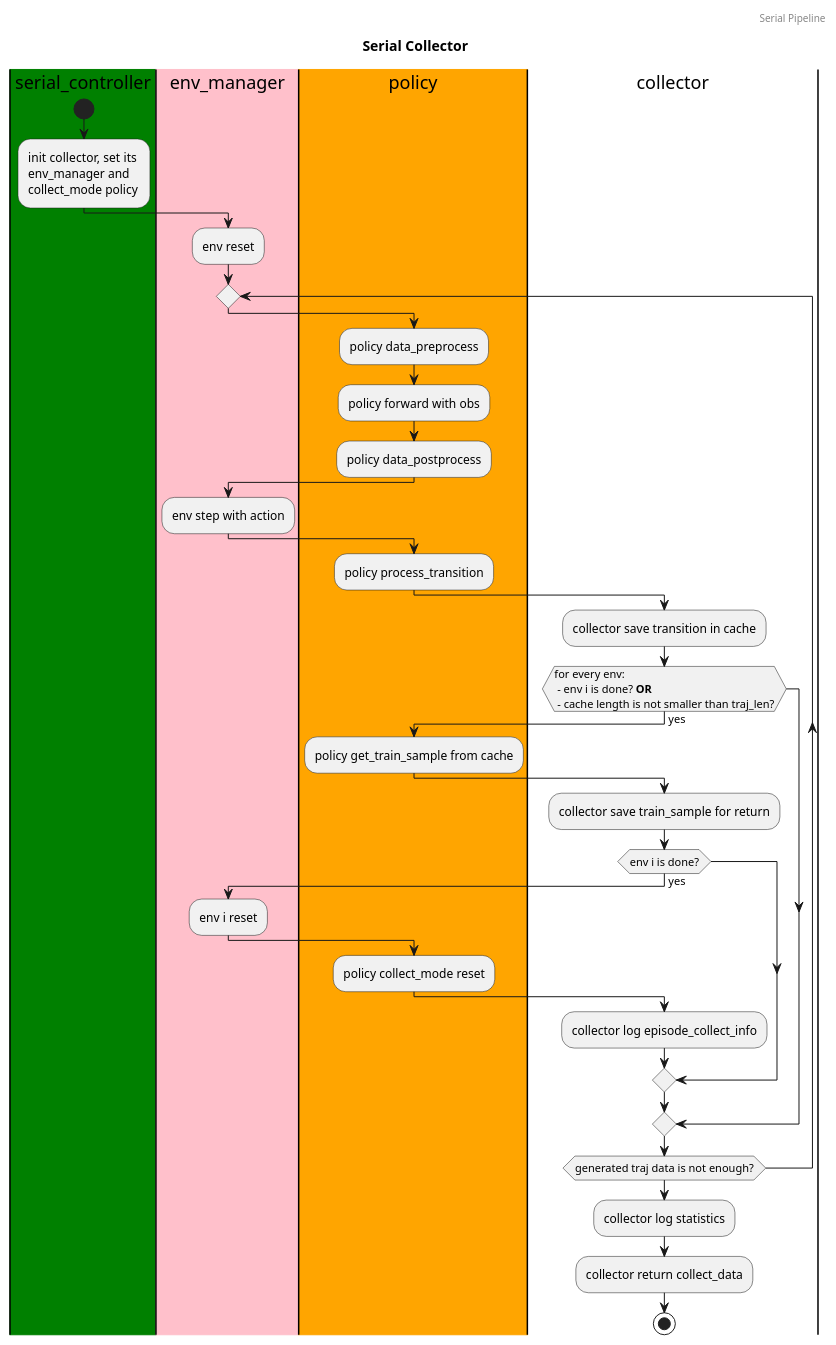
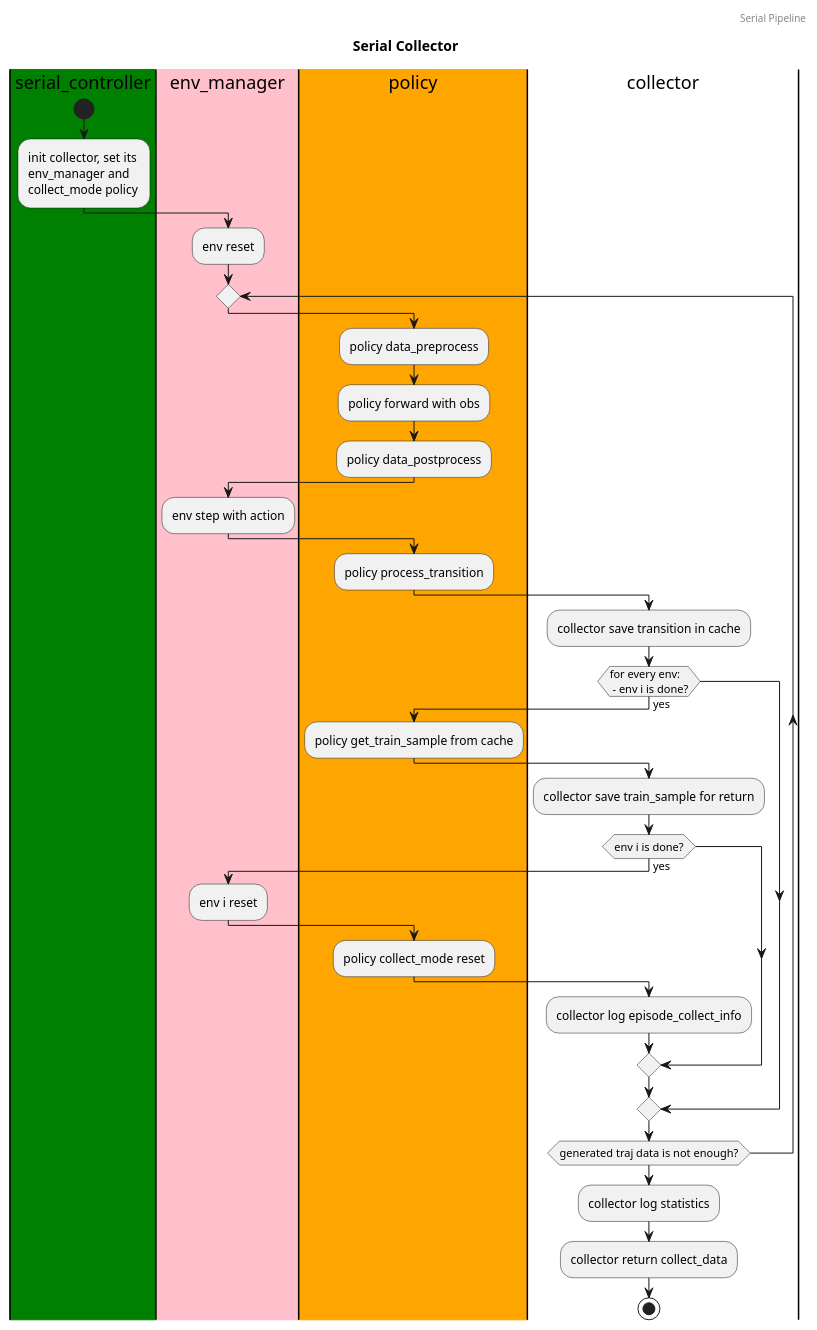
One commit to opendilab/DI-engine changed the diagram in nervex/design/serial_collector.puml. Above: the diagram before and after it, drawn with PlantUML. The commit also changed 89 other files, not shown here.

Commit message:
remove traj_len in config

```diff
--- a/nervex/design/serial_collector.puml
+++ b/nervex/design/serial_collector.puml
@@ -1,46 +1,46 @@
 @startuml serial_collector
 header Serial Pipeline
 title Serial Collector
 
 |#green|serial_controller|
 |#pink|env_manager|
 |#orange|policy|
 |collector|
 
 |#green|serial_controller|
 start
 :init collector, set its \nenv_manager and \ncollect_mode policy;
 |#pink|env_manager|
 :env reset;
 repeat
   |#orange|policy|
   :policy data_preprocess;
   :policy forward with obs;
   :policy data_postprocess;
   |#pink|env_manager|
   :env step with action;
   |#orange|policy|
   :policy process_transition;
   |collector|
   :collector save transition in cache;
-  if (for every env: \n - env i is done? <b>OR</b> \n - cache length is not smaller than traj_len?) then (yes)
+  if (for every env: \n - env i is done?) then (yes)
     |#orange|policy|
     :policy get_train_sample from cache;
     |collector|
     :collector save train_sample for return;
     if (env i is done?) then (yes)
       |#pink|env_manager|
       :env i reset;
       |#orange|policy|
       :policy collect_mode reset;
       |collector|
       :collector log episode_collect_info;
     endif
   endif
 repeat while (generated traj data is not enough?)
 |collector|
 :collector log statistics;
 :collector return collect_data;
 stop
 
 @enduml
```
